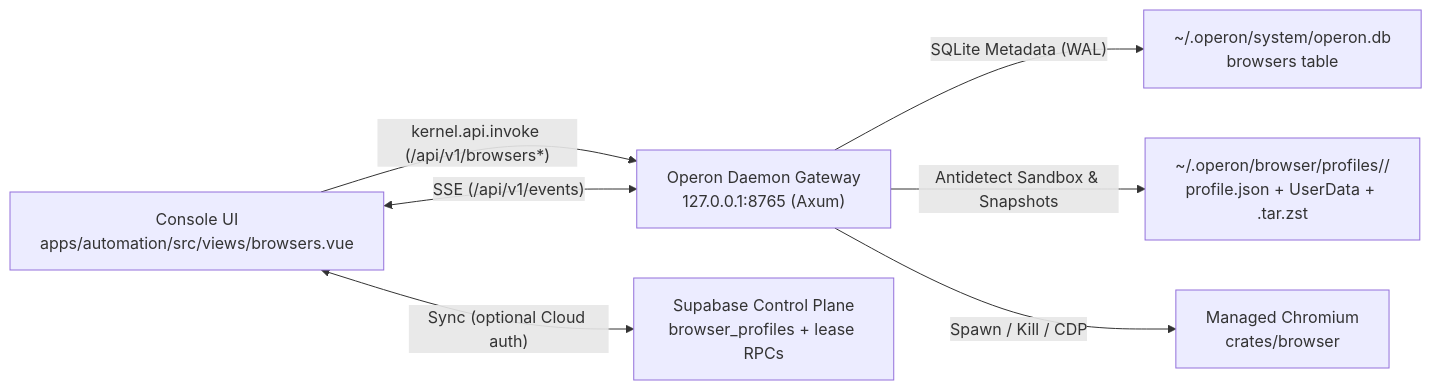
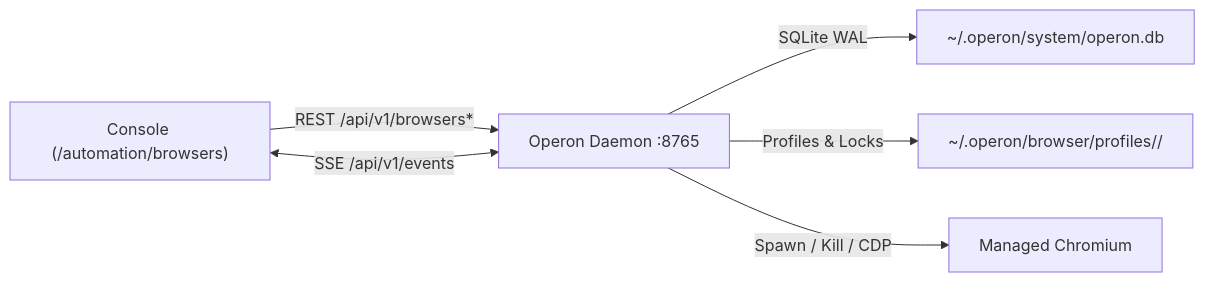
One commit to tuquet/operon changed the first of 2 diagrams in specs/core/SPEC-002-browser-management-crud.md. Above: the diagram before and after it, drawn with Mermaid. The commit also changed other lines of this file and 10 other files, not shown here.

````diff
--- a/specs/core/SPEC-002-browser-management-crud.md
+++ b/specs/core/SPEC-002-browser-management-crud.md
@@ -40,9 +19,8 @@
 ```mermaid
 flowchart LR
-    UI["Console UI<br/>apps/automation/src/views/browsers.vue"] -->|"kernel.api.invoke (/api/v1/browsers*)"| API["Operon Daemon Gateway<br/>127.0.0.1:8765 (Axum)"]
-    UI <-->|"SSE (/api/v1/events)"| API
-    API -->|"SQLite Metadata (WAL)"| DB["~/.operon/system/operon.db<br/>browsers table"]
-    API -->|"Antidetect Sandbox & Snapshots"| FS["~/.operon/browser/profiles/<id>/<br/>profile.json + UserData + .tar.zst"]
-    API -->|"Spawn / Kill / CDP"| CHR["Managed Chromium<br/>crates/browser"]
-    UI <-->|"Sync (optional Cloud auth)"| CLOUD["Supabase Control Plane<br/>browser_profiles + lease RPCs"]
+    UI["Console (/automation/browsers)"] -->|REST /api/v1/browsers*| API["Operon Daemon :8765"]
+    UI <-->|SSE /api/v1/events| API
+    API -->|SQLite WAL| DB["~/.operon/system/operon.db"]
+    API -->|Profiles & Locks| FS["~/.operon/browser/profiles/<id>/"]
+    API -->|Spawn / Kill / CDP| CHR["Managed Chromium"]
 ```
````
